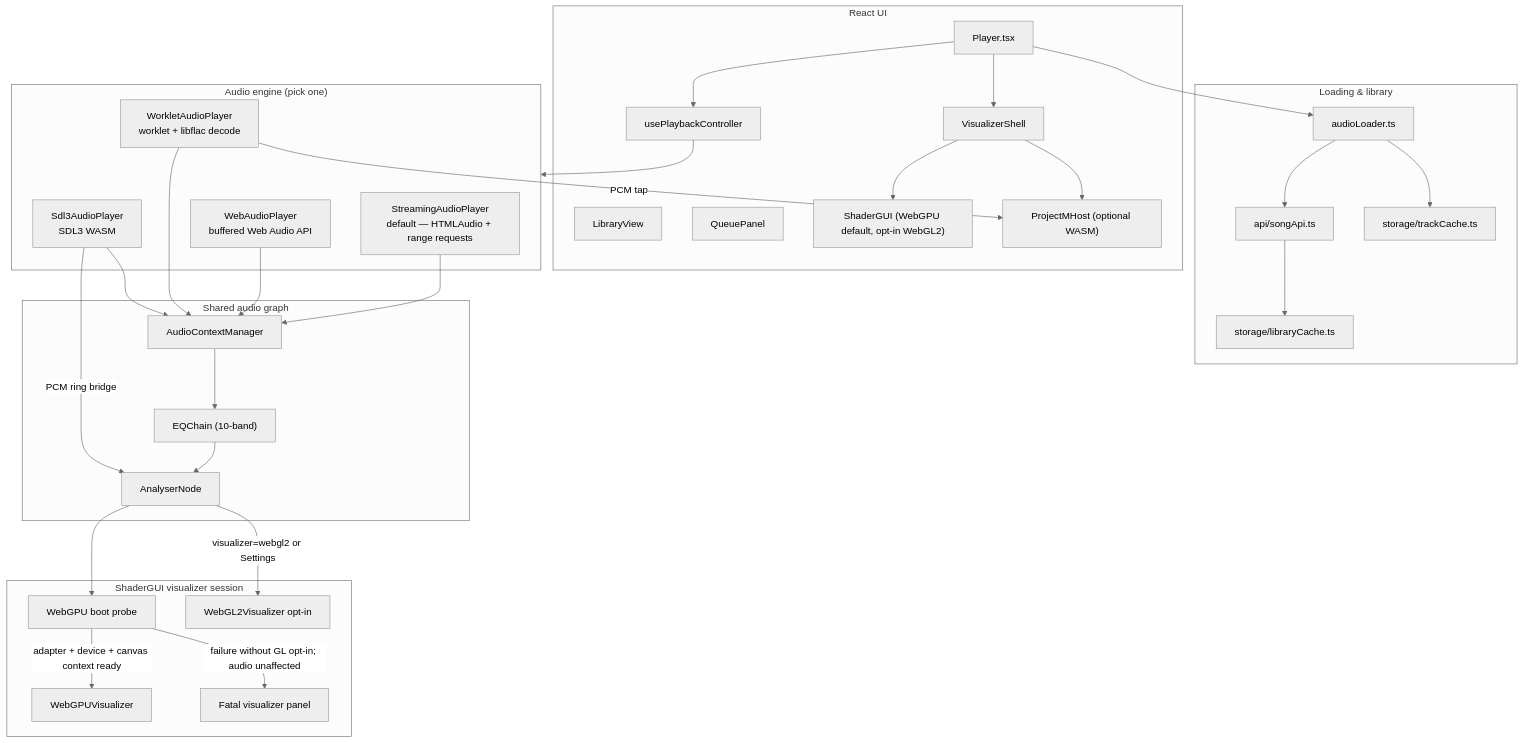
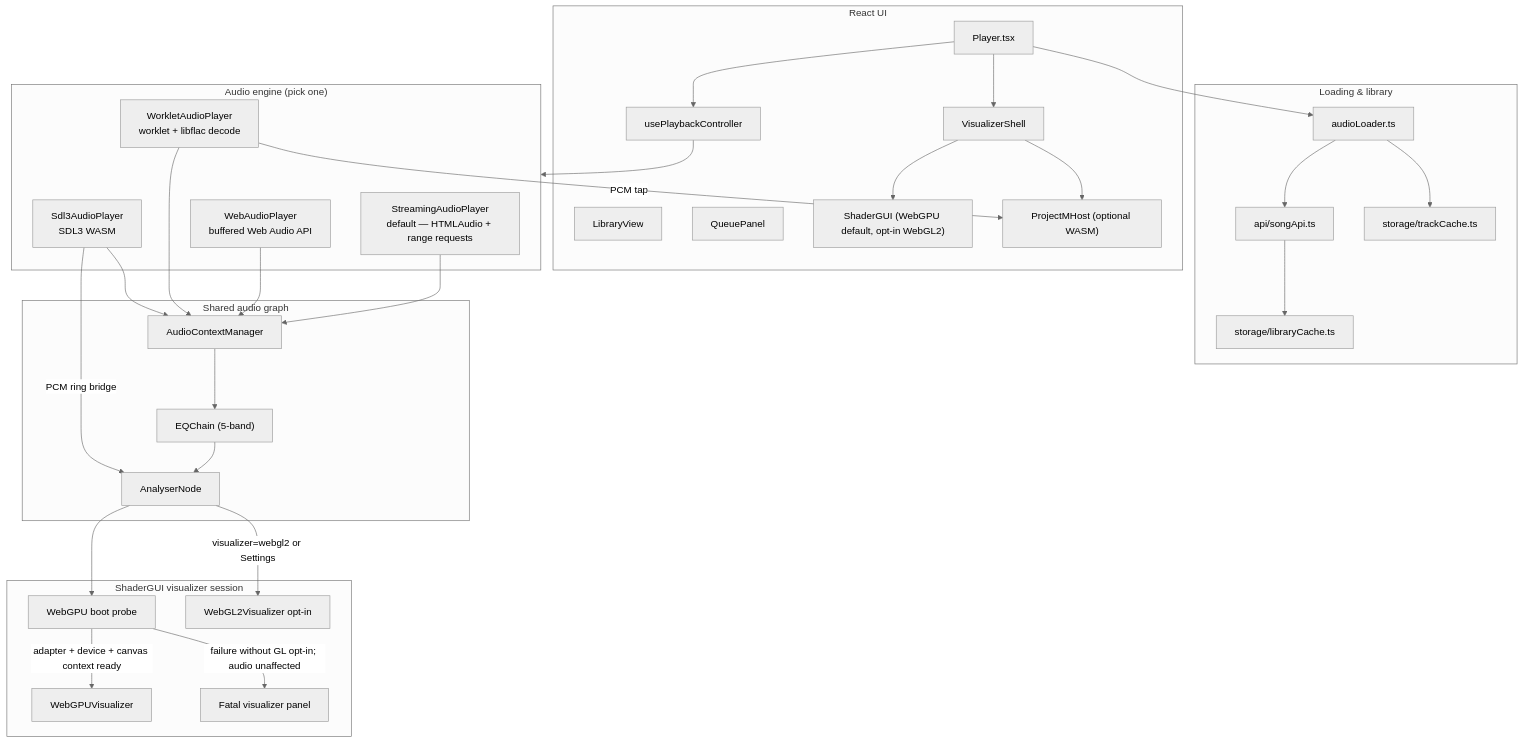
The diagram in docs/ARCHITECTURE.md (ford442/flac_player), drawn with Mermaid (neutral theme) before and after one commit. The commit also changed other lines of this file and 31 other files, not shown here.

````diff
--- a/docs/ARCHITECTURE.md
+++ b/docs/ARCHITECTURE.md
@@ -9,61 +9,61 @@
 ```mermaid
 flowchart TB
   subgraph UI["React UI"]
     Player["Player.tsx"]
     Controller["usePlaybackController"]
     Library["LibraryView"]
     Queue["QueuePanel"]
     Shell["VisualizerShell"]
     ShaderGUI["ShaderGUI (WebGPU default, opt-in WebGL2)"]
     ProjectM["ProjectMHost (optional WASM)"]
   end
 
   subgraph Audio["Audio engine (pick one)"]
     Streaming["StreamingAudioPlayer<br/>default — HTMLAudio + range requests"]
     WebAudio["WebAudioPlayer<br/>buffered Web Audio API"]
     Worklet["WorkletAudioPlayer<br/>worklet + libflac decode"]
     SDL3["Sdl3AudioPlayer<br/>SDL3 WASM"]
   end
 
   subgraph Load["Loading & library"]
     Loader["audioLoader.ts"]
     SongApi["api/songApi.ts"]
     TrackCache["storage/trackCache.ts"]
     LibCache["storage/libraryCache.ts"]
   end
 
   subgraph FX["Shared audio graph"]
     ACM["AudioContextManager"]
-    EQ["EQChain (10-band)"]
+    EQ["EQChain (5-band)"]
     Analyser["AnalyserNode"]
   end
 
   subgraph Viz["ShaderGUI visualizer session"]
     Probe["WebGPU boot probe"]
     WebGPU["WebGPUVisualizer"]
     WebGL2["WebGL2Visualizer opt-in"]
     Fatal["Fatal visualizer panel"]
   end
 
   Player --> Controller
   Controller --> Audio
   Player --> Shell
   Shell --> ShaderGUI
   Shell --> ProjectM
   Player --> Loader
   Loader --> SongApi
   Loader --> TrackCache
   SongApi --> LibCache
 
   Streaming --> ACM
   WebAudio --> ACM
   Worklet --> ACM
   SDL3 --> ACM
   ACM --> EQ --> Analyser
   Analyser --> Probe
   Probe -->|adapter + device + canvas context ready| WebGPU
   Probe -->|failure without GL opt-in; audio unaffected| Fatal
   Analyser -->|visualizer=webgl2 or Settings| WebGL2
   Worklet -->|PCM tap| ProjectM
   SDL3 -->|PCM ring bridge| Analyser
 ```
````
